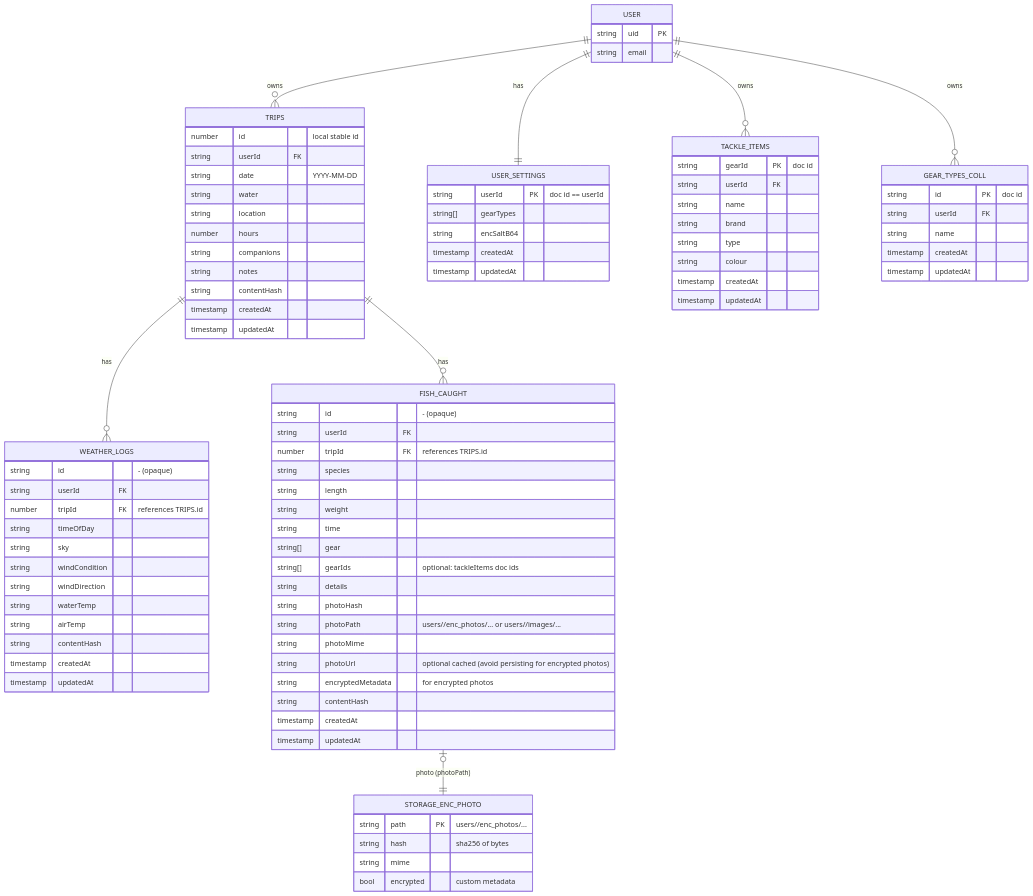
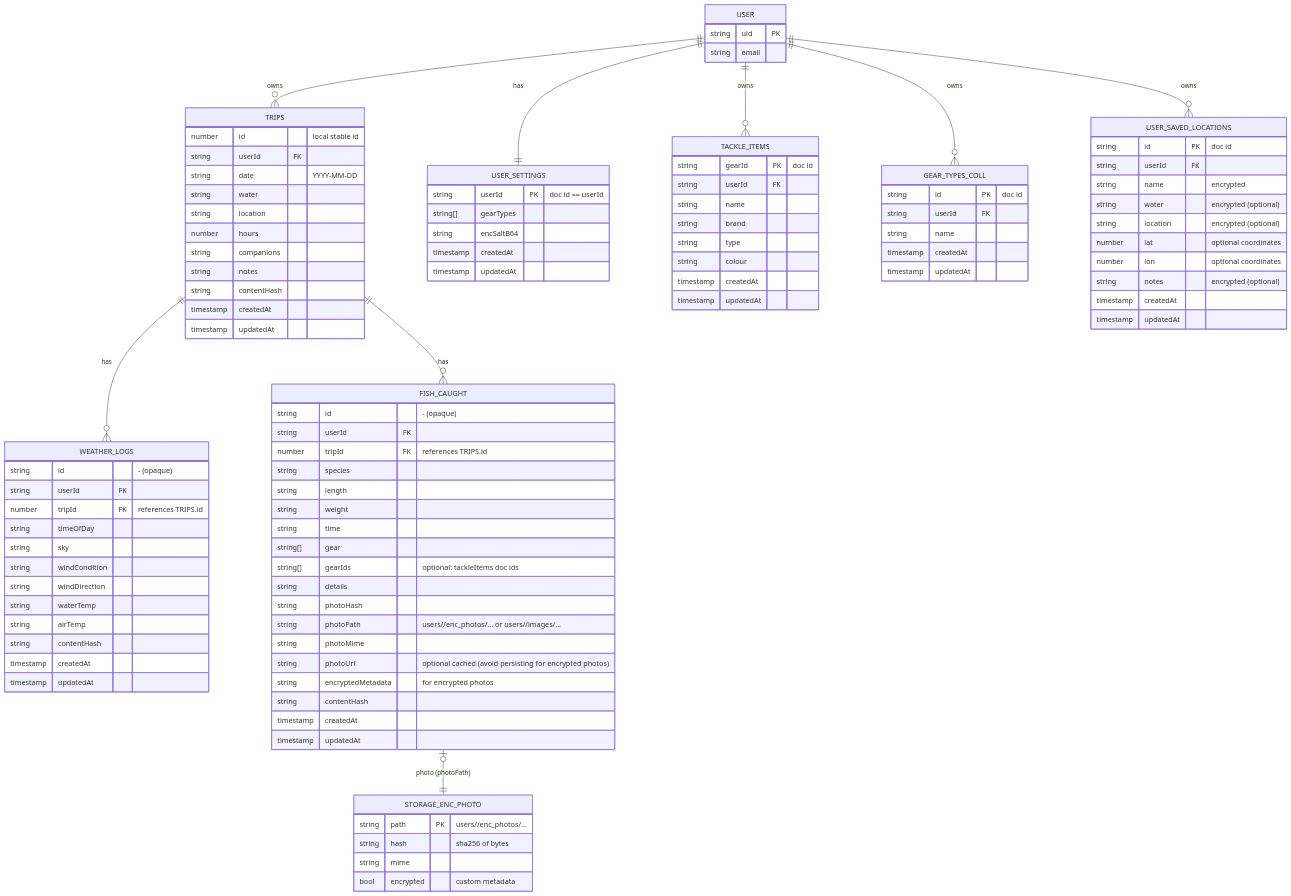
The first of 4 diagrams in docs/architecture/DATA_MODEL.md (kerry-davis/maori-fishing-calendar-react), drawn with Mermaid before and after one commit. The commit also changed other lines of this file and 26 other files, not shown here.

Commit message:
feat: add locations feature with saved locations functionality

```diff
--- a/docs/architecture/DATA_MODEL.md
+++ b/docs/architecture/DATA_MODEL.md
@@ -10,6 +10,7 @@
   USER ||--|| USER_SETTINGS : "has"
   USER ||--o{ TACKLE_ITEMS : "owns"
   USER ||--o{ GEAR_TYPES_COLL : "owns"
+  USER ||--o{ USER_SAVED_LOCATIONS : "owns"
   TRIPS ||--o{ WEATHER_LOGS : "has"
   TRIPS ||--o{ FISH_CAUGHT : "has"
   FISH_CAUGHT o|--|| STORAGE_ENC_PHOTO : "photo (photoPath)"
@@ -17,6 +18,19 @@
   USER {
     string uid PK
     string email
+  }
+
+  USER_SAVED_LOCATIONS {
+    string id PK      "doc id"
+    string userId FK
+    string name       "encrypted"
+    string water      "encrypted (optional)"
+    string location   "encrypted (optional)"
+    number lat        "optional coordinates"
+    number lon        "optional coordinates"
+    string notes      "encrypted (optional)"
+    timestamp createdAt
+    timestamp updatedAt
   }
 
   USER_SETTINGS {
```
